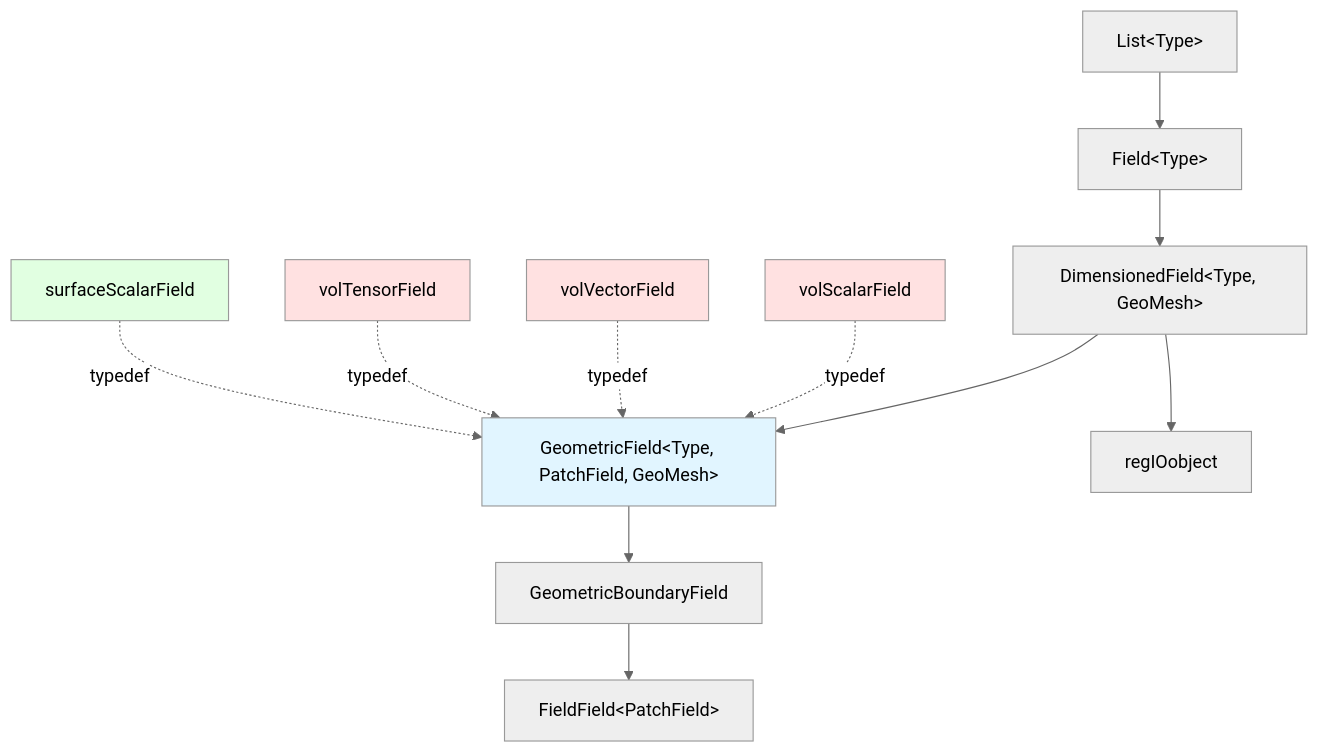
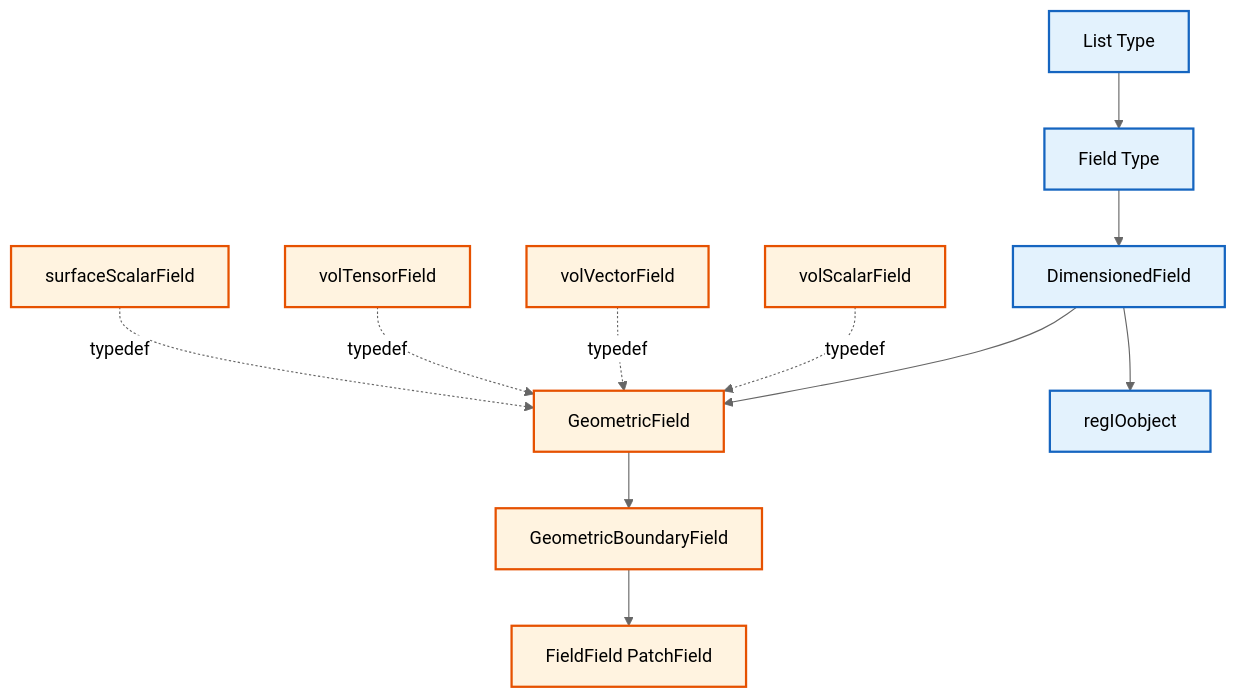
The first of 2 diagrams in MODULE_05_OPENFOAM_PROGRAMMING/CONTENT/08_FIELD_TYPES/02_Volume_Fields.md (wramet/build-my-cfd), drawn with Mermaid (neutral theme) before and after one commit. The commit also changed other lines of this file and 313 other files, not shown here.

Commit message:
Revise all diagram

````diff
--- a/MODULE_05_OPENFOAM_PROGRAMMING/CONTENT/08_FIELD_TYPES/02_Volume_Fields.md
+++ b/MODULE_05_OPENFOAM_PROGRAMMING/CONTENT/08_FIELD_TYPES/02_Volume_Fields.md
@@ -30,22 +30,18 @@
 ```mermaid
 flowchart TD
-    A[List&lt;Type&gt;] --> B[Field&lt;Type&gt;]
-    B --> C[DimensionedField&lt;Type, GeoMesh&gt;]
-    C --> D[GeometricField&lt;Type, PatchField, GeoMesh&gt;]
+%% Classes
+classDef explicit fill:#fff3e0,stroke:#e65100,stroke-width:2px;
+classDef implicit fill:#e3f2fd,stroke:#1565c0,stroke-width:2px;
+%% Nodes
+A[List Type]:::implicit --> B[Field Type]:::implicit
+B --> C[DimensionedField]:::implicit
+C --> D[GeometricField]:::explicit
+C --> E[regIOobject]:::implicit
+D --> F[GeometricBoundaryField]:::explicit
+F --> G[FieldField PatchField]:::explicit
 
-    C --> E[regIOobject]
-
-    D --> F[GeometricBoundaryField]
-    F --> G[FieldField&lt;PatchField&gt;]
-
-    H[volScalarField] -.->|typedef| D
-    I[volVectorField] -.->|typedef| D
-    J[volTensorField] -.->|typedef| D
-    K[surfaceScalarField] -.->|typedef| D
-
-    style D fill:#e1f5ff
-    style H fill:#ffe1e1
-    style I fill:#ffe1e1
-    style J fill:#ffe1e1
-    style K fill:#e1ffe1
+H[volScalarField]:::explicit -.->|typedef| D
+I[volVectorField]:::explicit -.->|typedef| D
+J[volTensorField]:::explicit -.->|typedef| D
+K[surfaceScalarField]:::explicit -.->|typedef| D
 ```
````
